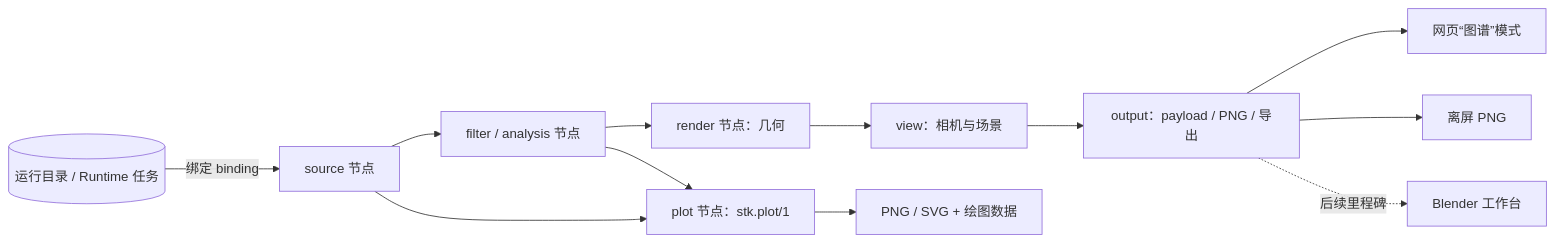
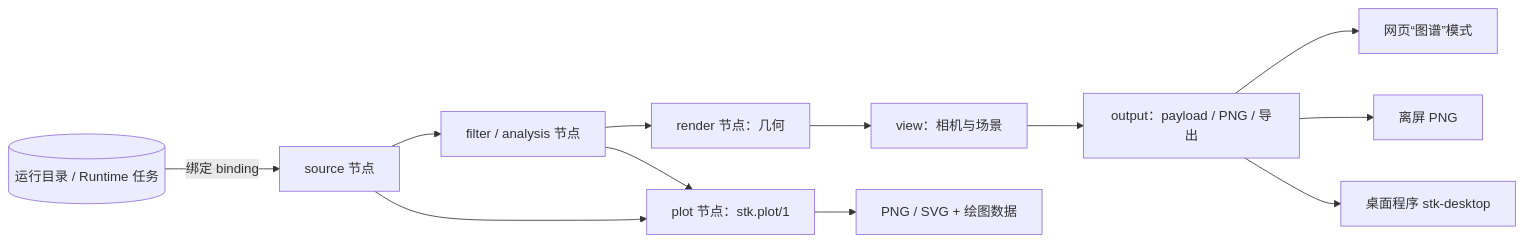
Before and after one commit to sijintech/stk: the diagram in docs/visualization.md, drawn with Mermaid. The commit also changed other lines of this file and 56 other files, not shown here.

````diff
--- a/docs/visualization.md
+++ b/docs/visualization.md
@@ -8,14 +8,14 @@
 ```mermaid
 flowchart LR
   Data[(运行目录 / Runtime 任务)] -->|绑定 binding| Src[source 节点]
   Src --> Flt[filter / analysis 节点]
   Flt --> Rep[render 节点：几何]
   Rep --> View[view：相机与场景]
   View --> Out[output：payload / PNG / 导出]
   Src --> Plot[plot 节点：stk.plot/1]
   Flt --> Plot
   Out --> Web[网页“图谱”模式]
   Out --> PNG[离屏 PNG]
-  Out -.->|后续里程碑| Blender[Blender 工作台]
+  Out --> Desk[桌面程序 stk-desktop]
   Plot --> Img[PNG / SVG + 绘图数据]
 ```
````
